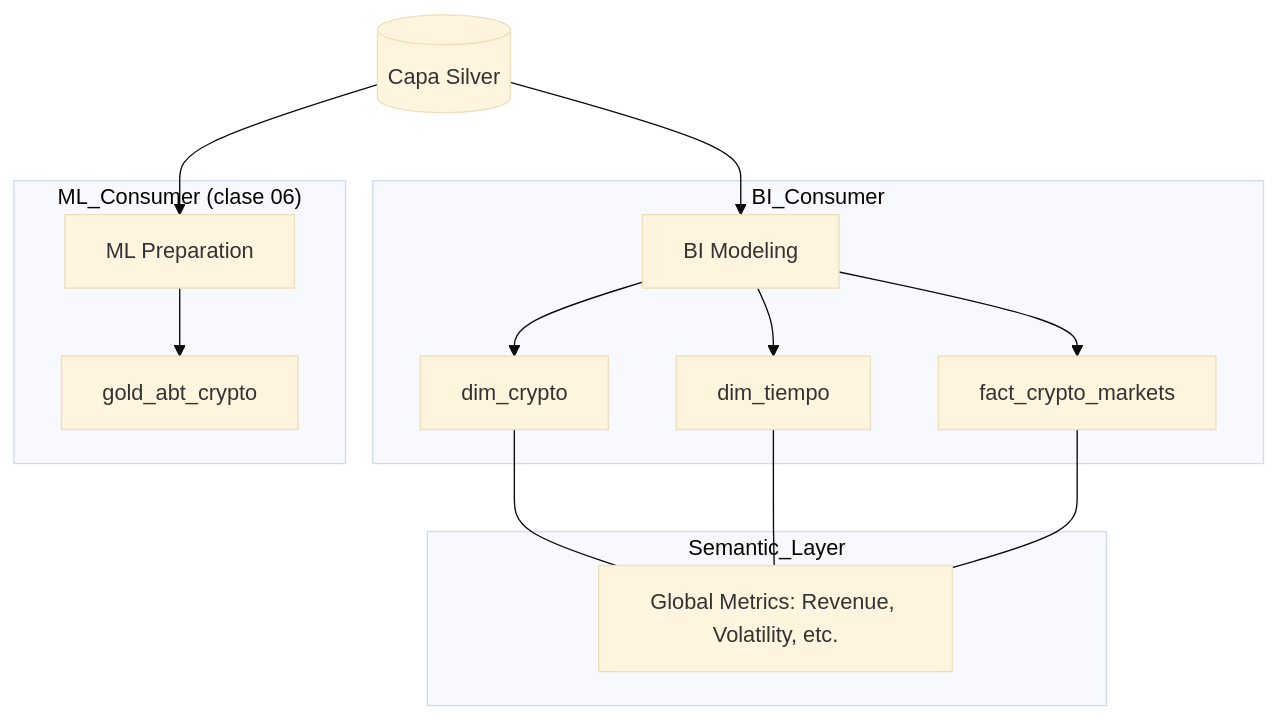
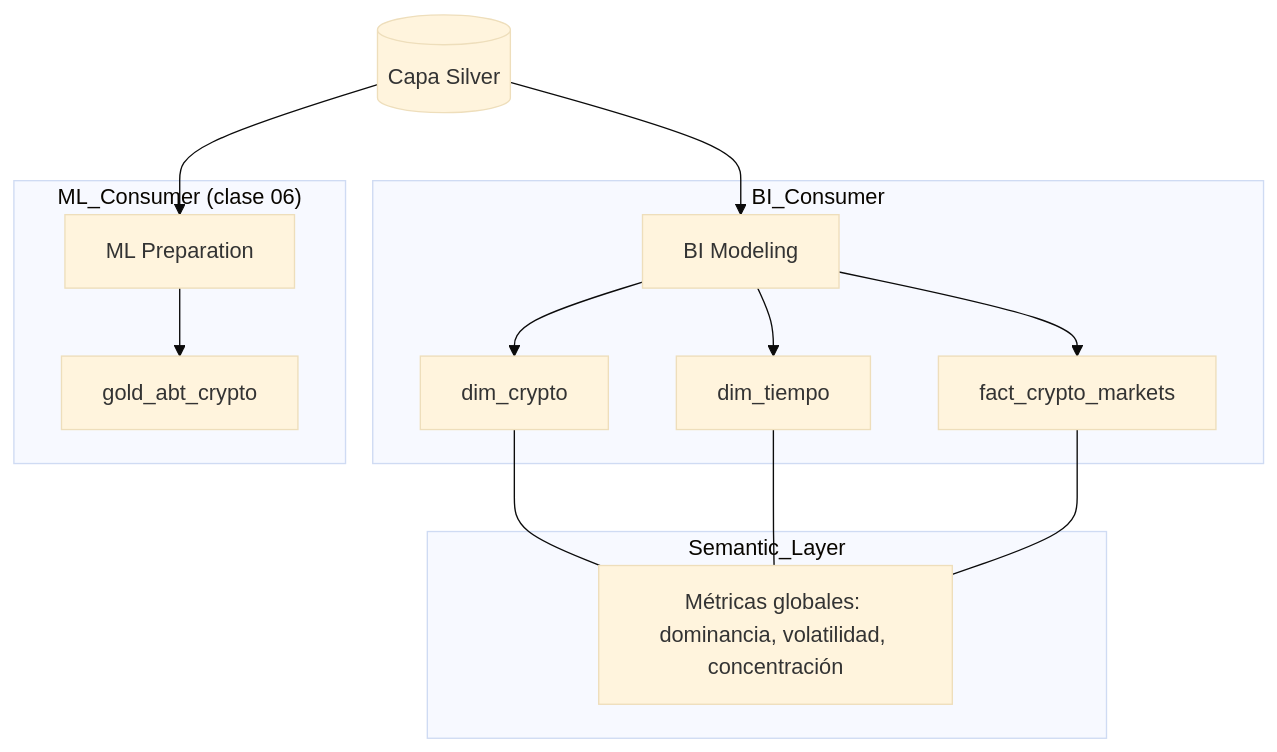
Before and after one commit to juansokil/LCD-InfraCienciaDatos: the first of 2 diagrams in clase05/README.md, drawn with Mermaid (base theme). The commit also changed other lines of this file and 1 other file, not shown here.

````diff
--- a/clase05/README.md
+++ b/clase05/README.md
@@ -35,22 +35,22 @@
 ```mermaid
 graph TD
     S[(Capa Silver)] --> B[BI Modeling]
     S --> M[ML Preparation]
 
     subgraph BI_Consumer
         B --> D1[dim_crypto]
         B --> D2[dim_tiempo]
         B --> F1[fact_crypto_markets]
     end
 
     subgraph ML_Consumer["ML_Consumer (clase 06)"]
         M --> A[gold_abt_crypto]
     end
 
     subgraph Semantic_Layer
         D1 --- SL
         D2 --- SL
         F1 --- SL
-        SL[Global Metrics: Revenue, Volatility, etc.]
+        SL[Métricas globales: dominancia, volatilidad, concentración]
     end
 ```
````
